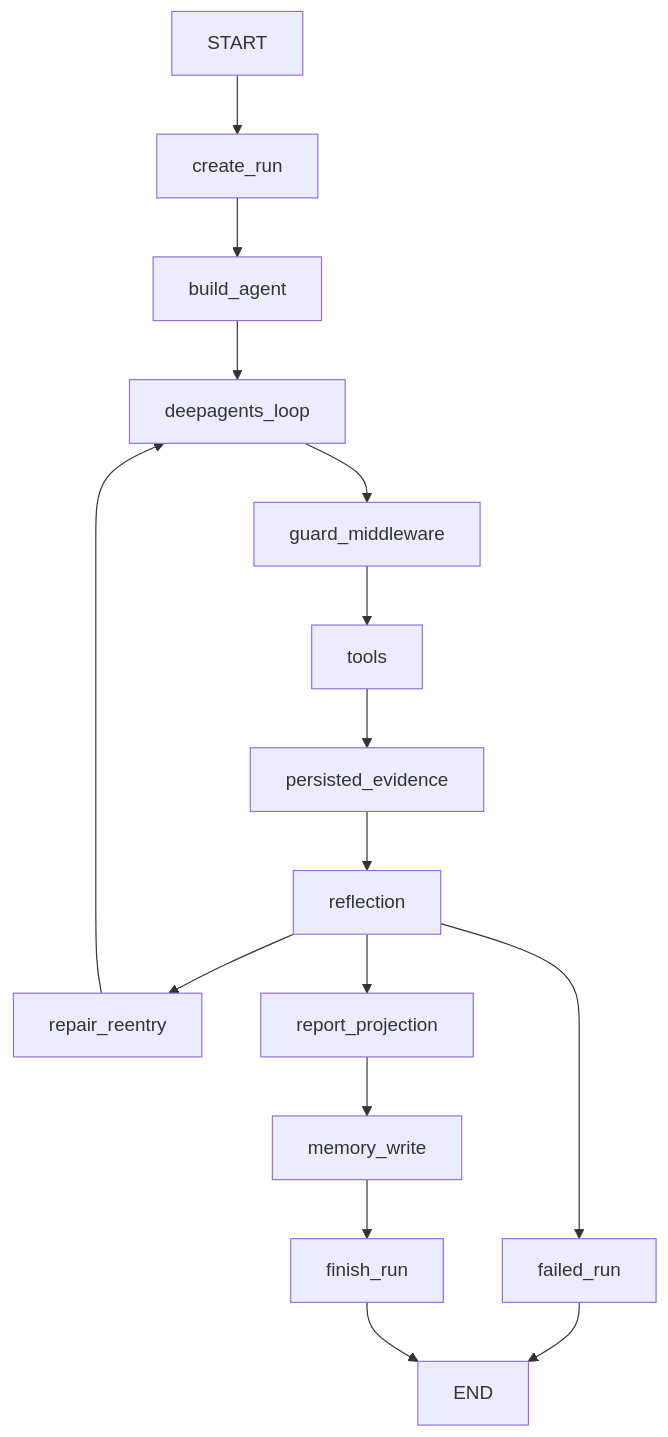
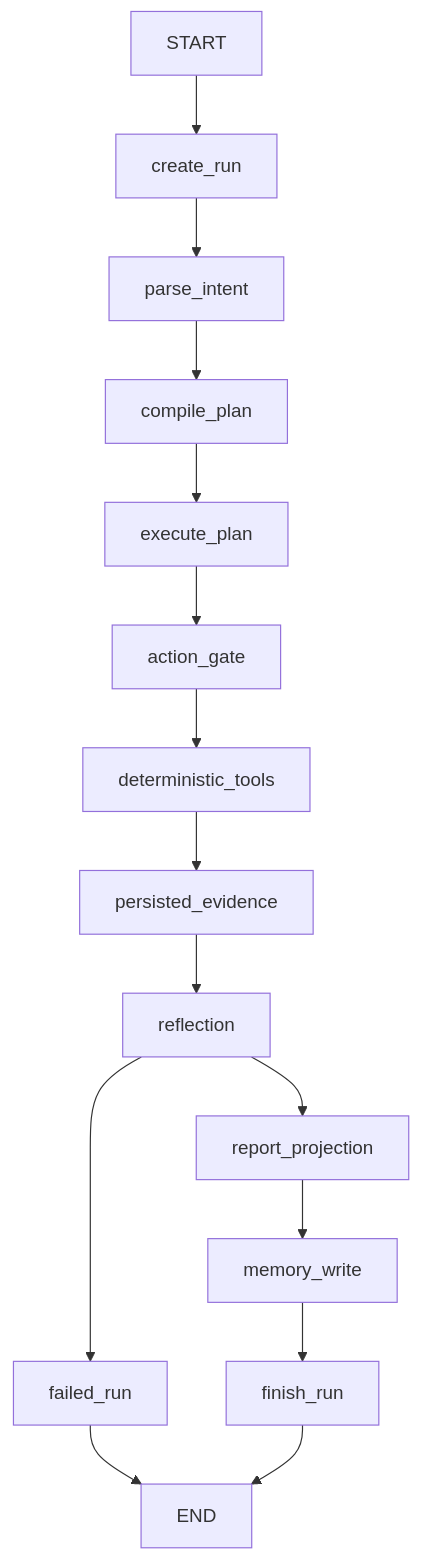
One commit to WOTMCCR/MetricRCA changed the second of 8 diagrams in docs/architecture.md. Above: the diagram before and after it, drawn with Mermaid. The commit also changed other lines of this file and 62 other files, not shown here.

````diff
--- a/docs/architecture.md
+++ b/docs/architecture.md
@@ -26,18 +28,17 @@
 ```mermaid
 flowchart TD
   START --> create_run
-  create_run --> build_agent
-  build_agent --> deepagents_loop
-  deepagents_loop --> guard_middleware
-  guard_middleware --> tools
-  tools --> persisted_evidence
+  create_run --> parse_intent
+  parse_intent --> compile_plan
+  compile_plan --> execute_plan
+  execute_plan --> action_gate
+  action_gate --> deterministic_tools
+  deterministic_tools --> persisted_evidence
   persisted_evidence --> reflection
-  reflection --> repair_reentry
-  repair_reentry --> deepagents_loop
   reflection --> report_projection
   report_projection --> memory_write
   memory_write --> finish_run
   reflection --> failed_run
   failed_run --> END
   finish_run --> END
 ```
````
